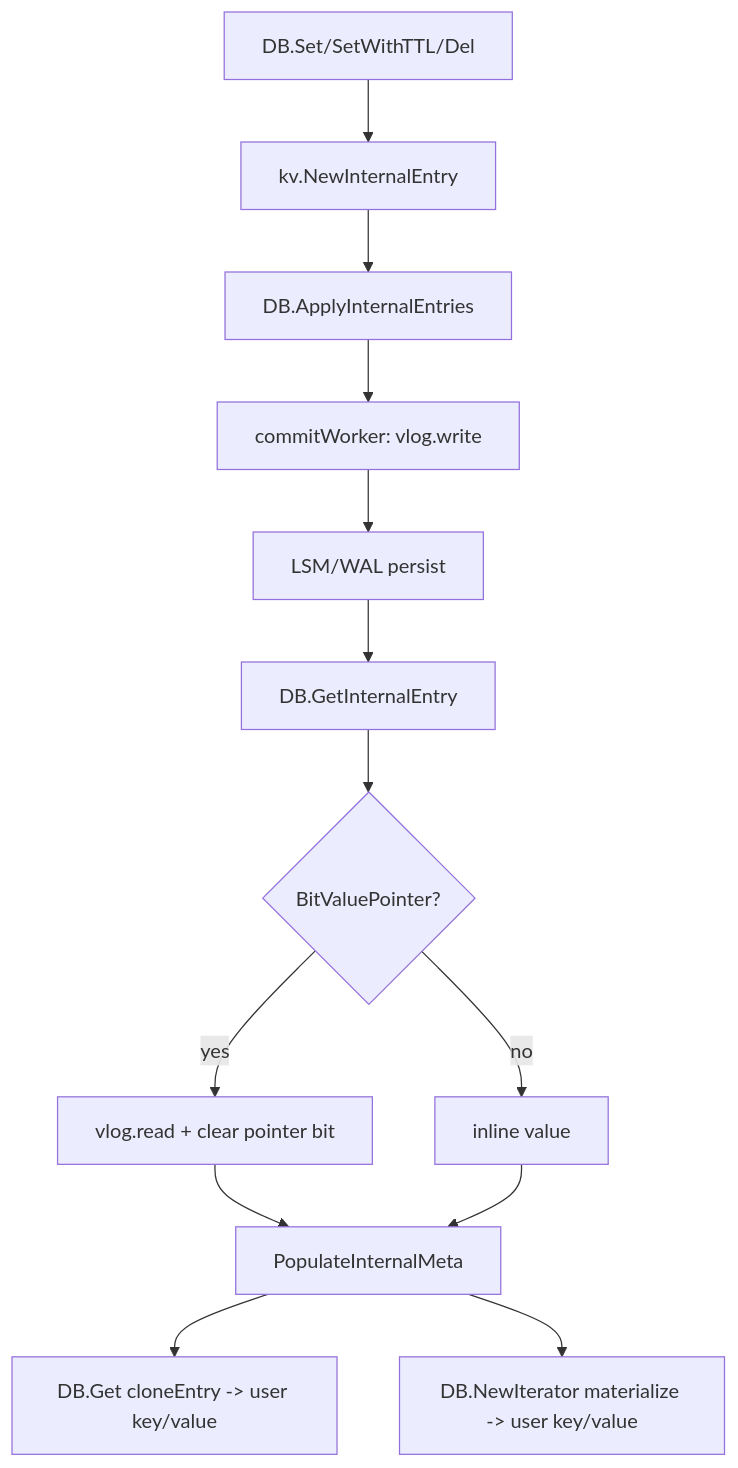
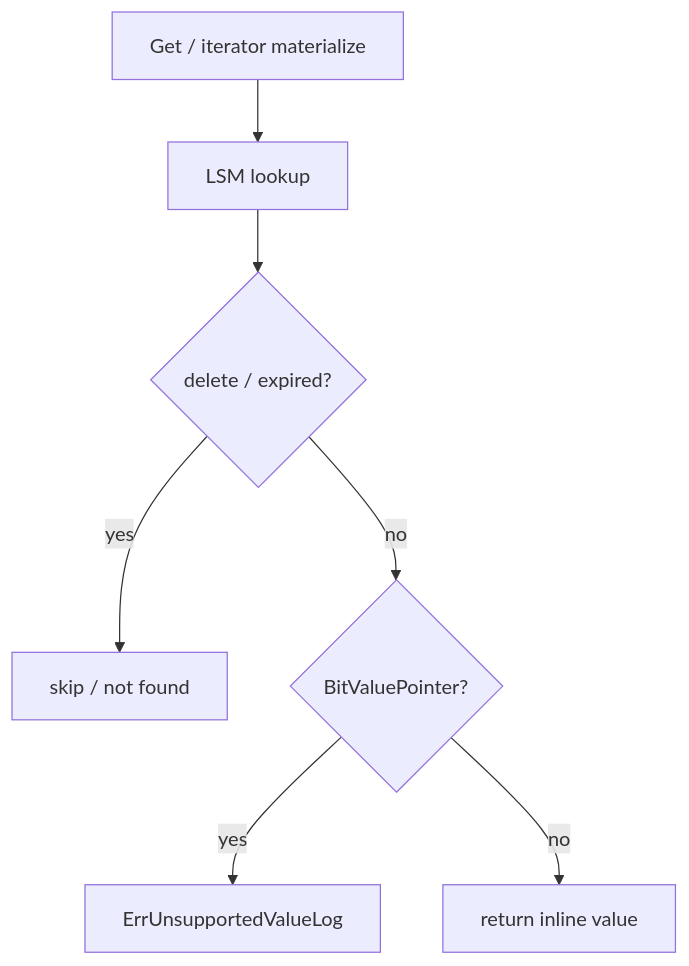
The second of 2 diagrams in docs/entry.md (feichai0017/NoKV), drawn with Mermaid before and after one commit. The commit also changed other lines of this file and 111 other files, not shown here.

First line of the commit message:
refactor(engine): remove value log

````diff
--- a/docs/entry.md
+++ b/docs/entry.md
@@ -157,15 +57,9 @@
 ```mermaid
 flowchart TD
-  A["DB.Set/SetWithTTL/Del"] --> B["kv.NewInternalEntry"]
-  B --> C["DB.ApplyInternalEntries"]
-  C --> D["commitWorker: vlog.write"]
-  D --> E["LSM/WAL persist"]
-  E --> F["DB.GetInternalEntry"]
-  F --> G{"BitValuePointer?"}
-  G -- yes --> H["vlog.read + clear pointer bit"]
-  G -- no --> I["inline value"]
-  H --> J["PopulateInternalMeta"]
-  I --> J
-  J --> K["DB.Get cloneEntry -> user key/value"]
-  J --> L["DB.NewIterator materialize -> user key/value"]
+  A["Get / iterator materialize"] --> B["LSM lookup"]
+  B --> C{"delete / expired?"}
+  C -- yes --> D["skip / not found"]
+  C -- no --> E{"BitValuePointer?"}
+  E -- yes --> F["ErrUnsupportedValueLog"]
+  E -- no --> G["return inline value"]
 ```
````
